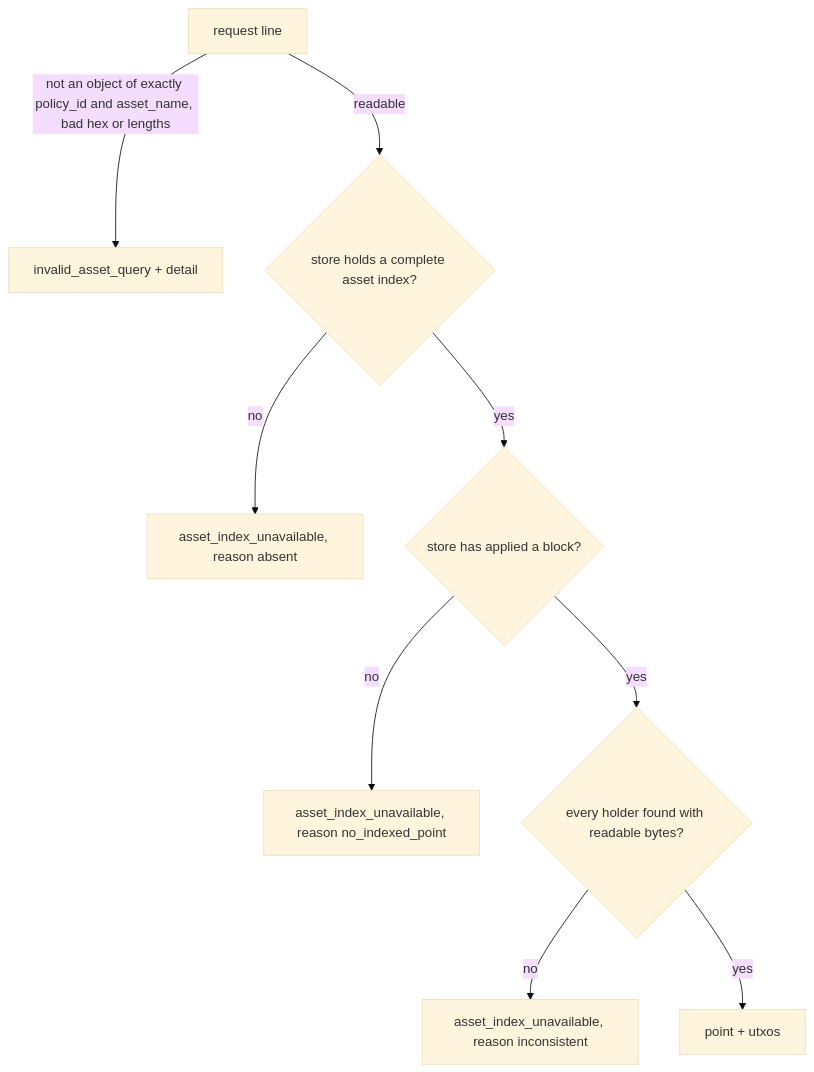
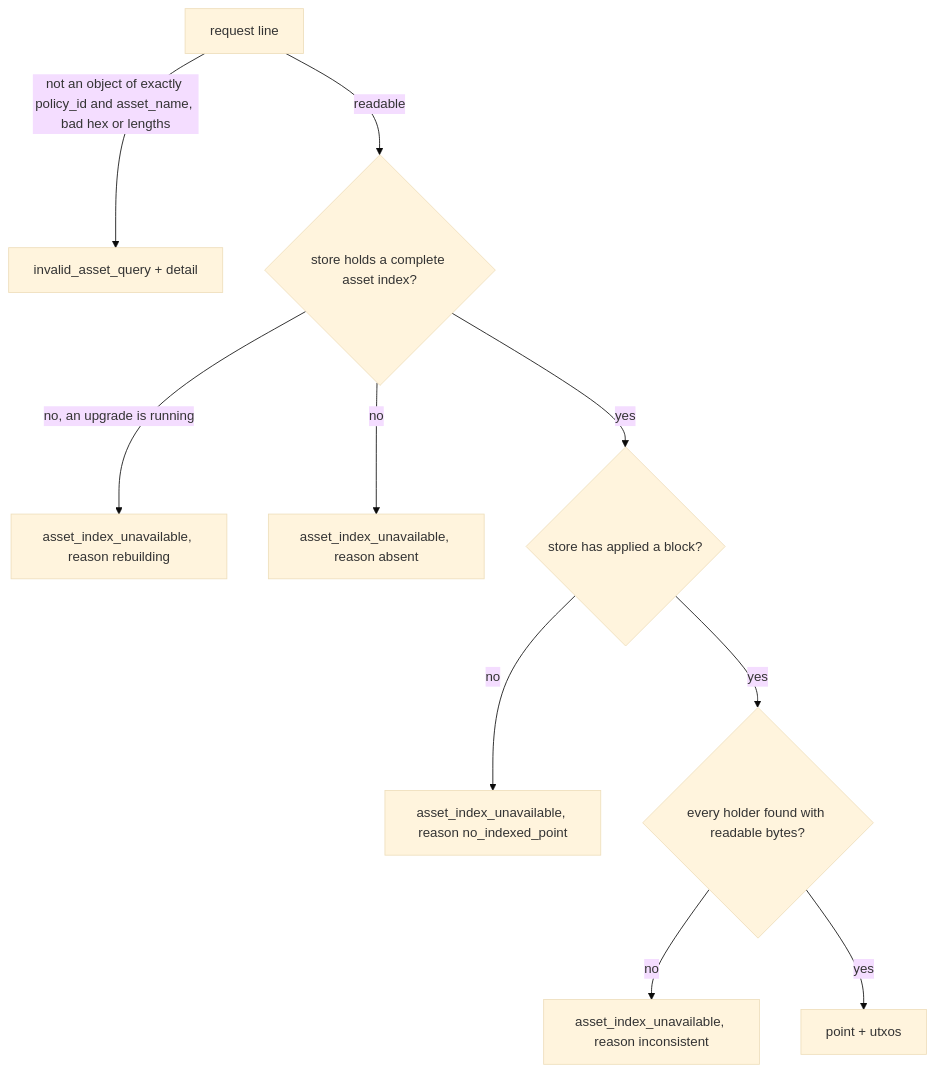
One commit to lambdasistemi/cardano-node-clients changed the second of 6 diagrams in docs/usage/utxo-indexer.md. Above: the diagram before and after it, drawn with Mermaid (base theme). The commit also changed other lines of this file and 16 other files, not shown here.

````diff
--- a/docs/usage/utxo-indexer.md
+++ b/docs/usage/utxo-indexer.md
@@ -229,11 +231,12 @@
 ```mermaid
 flowchart TD
     R[request line] -->|not an object of exactly policy_id and asset_name, bad hex or lengths| E1["invalid_asset_query + detail"]
     R -->|readable| A{store holds a complete asset index?}
+    A -->|no, an upgrade is running| E5["asset_index_unavailable, reason rebuilding"]
     A -->|no| E2["asset_index_unavailable, reason absent"]
     A -->|yes| P{store has applied a block?}
     P -->|no| E3["asset_index_unavailable, reason no_indexed_point"]
     P -->|yes| H{every holder found with readable bytes?}
     H -->|no| E4["asset_index_unavailable, reason inconsistent"]
     H -->|yes| OK["point + utxos"]
 ```
````
